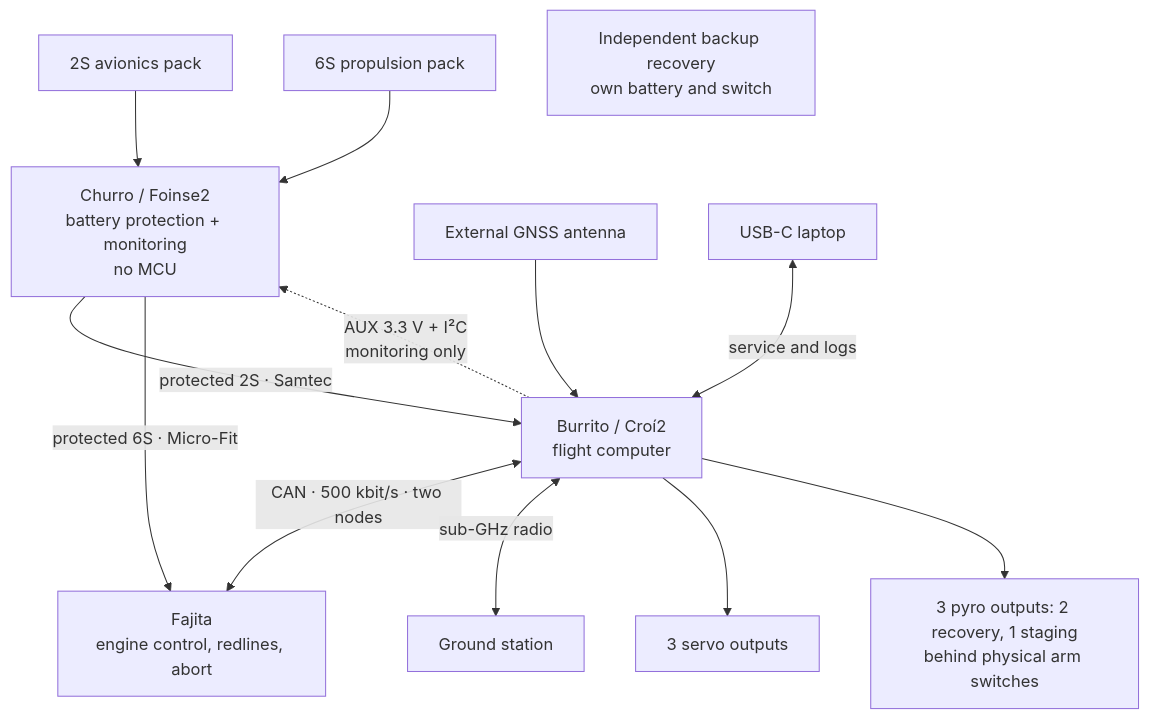
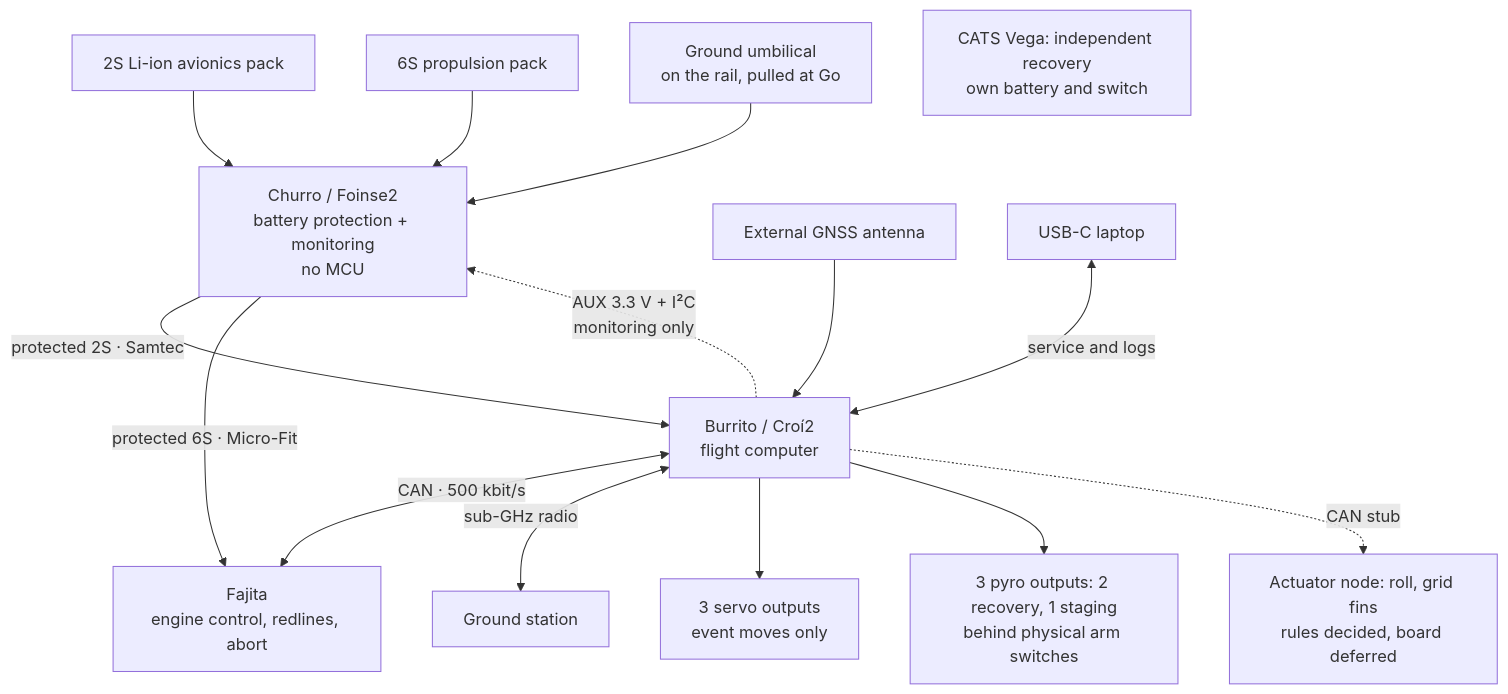
The first of 3 diagrams in docs/architecture/system-tour.md (ULAS-HiPR/Ogma2), drawn with Mermaid before and after one commit. The commit also changed other lines of this file and 3 other files, not shown here.

````diff
--- a/docs/architecture/system-tour.md
+++ b/docs/architecture/system-tour.md
@@ -11,22 +11,28 @@
 ```mermaid
 flowchart TB
-  AV["2S avionics pack"] --> C["Churro / Foinse2
+  AV["2S Li-ion avionics pack"] --> C["Churro / Foinse2
 battery protection + monitoring
 no MCU"]
   PROP["6S propulsion pack"] --> C
+  UM["Ground umbilical
+on the rail, pulled at Go"] --> C
   C -->|"protected 2S · Samtec"| B["Burrito / Croí2
 flight computer"]
   C -->|"protected 6S · Micro-Fit"| F["Fajita
 engine control, redlines, abort"]
-  B <-->|"CAN · 500 kbit/s · two nodes"| F
+  B <-->|"CAN · 500 kbit/s"| F
   B -.->|"AUX 3.3 V + I²C
 monitoring only"| C
   B <-->|"sub-GHz radio"| G["Ground station"]
   A["External GNSS antenna"] --> B
   U["USB-C laptop"] <-->|"service and logs"| B
-  B --> S["3 servo outputs"]
+  B --> S["3 servo outputs
+event moves only"]
   B --> O["3 pyro outputs: 2 recovery, 1 staging
 behind physical arm switches"]
-  I["Independent backup recovery
+  I["CATS Vega: independent recovery
 own battery and switch"]
+  N["Actuator node: roll, grid fins
+rules decided, board deferred"]
+  B -.->|"CAN stub"| N
 ```
````
